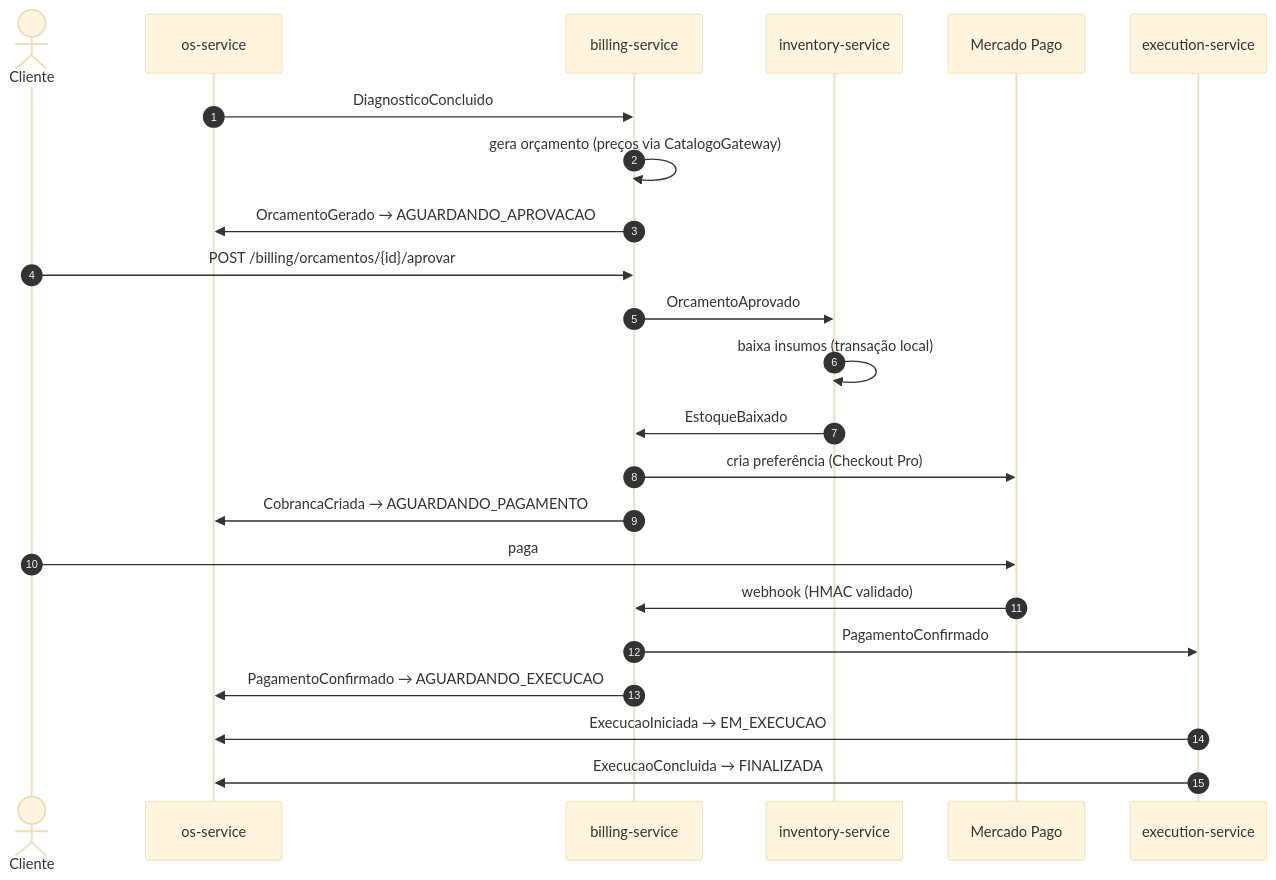
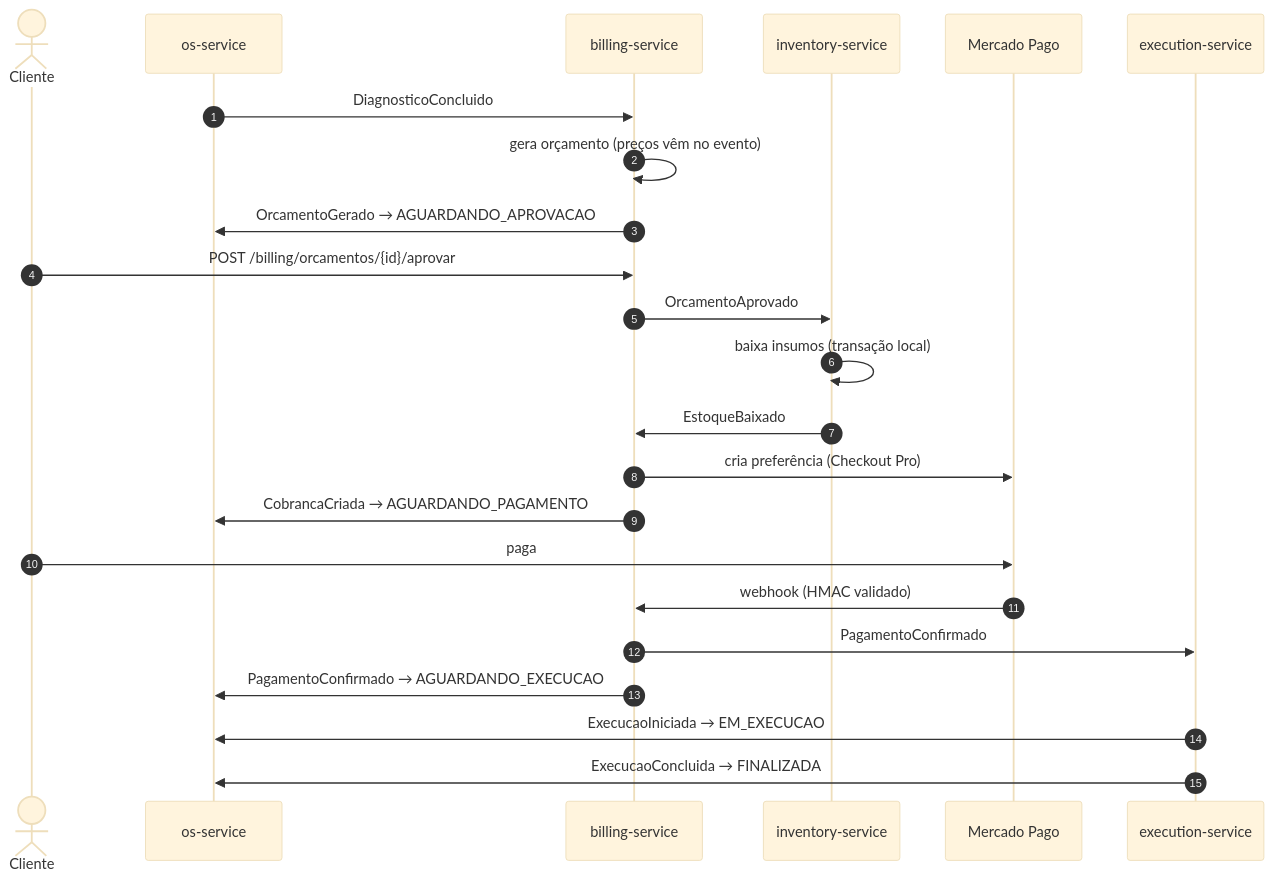
One commit to GrupoPosTech-FIAP/oficina-app-api changed the second of 3 diagrams in docs/adr/005-saga-coreografada.md. Above: the diagram before and after it, drawn with Mermaid (base theme). The commit also changed other lines of this file, not shown here.

````diff
--- a/docs/adr/005-saga-coreografada.md
+++ b/docs/adr/005-saga-coreografada.md
@@ -148,26 +148,26 @@
 ```mermaid
 sequenceDiagram
     autonumber
     actor Cli as Cliente
     participant OS as os-service
     participant B as billing-service
     participant I as inventory-service
     participant MP as Mercado Pago
     participant E as execution-service
 
     OS->>B: DiagnosticoConcluido
-    B->>B: gera orçamento (preços via CatalogoGateway)
+    B->>B: gera orçamento (preços vêm no evento)
     B->>OS: OrcamentoGerado → AGUARDANDO_APROVACAO
     Cli->>B: POST /billing/orcamentos/{id}/aprovar
     B->>I: OrcamentoAprovado
     I->>I: baixa insumos (transação local)
     I->>B: EstoqueBaixado
     B->>MP: cria preferência (Checkout Pro)
     B->>OS: CobrancaCriada → AGUARDANDO_PAGAMENTO
     Cli->>MP: paga
     MP->>B: webhook (HMAC validado)
     B->>E: PagamentoConfirmado
     B->>OS: PagamentoConfirmado → AGUARDANDO_EXECUCAO
     E->>OS: ExecucaoIniciada → EM_EXECUCAO
     E->>OS: ExecucaoConcluida → FINALIZADA
 ```
````
